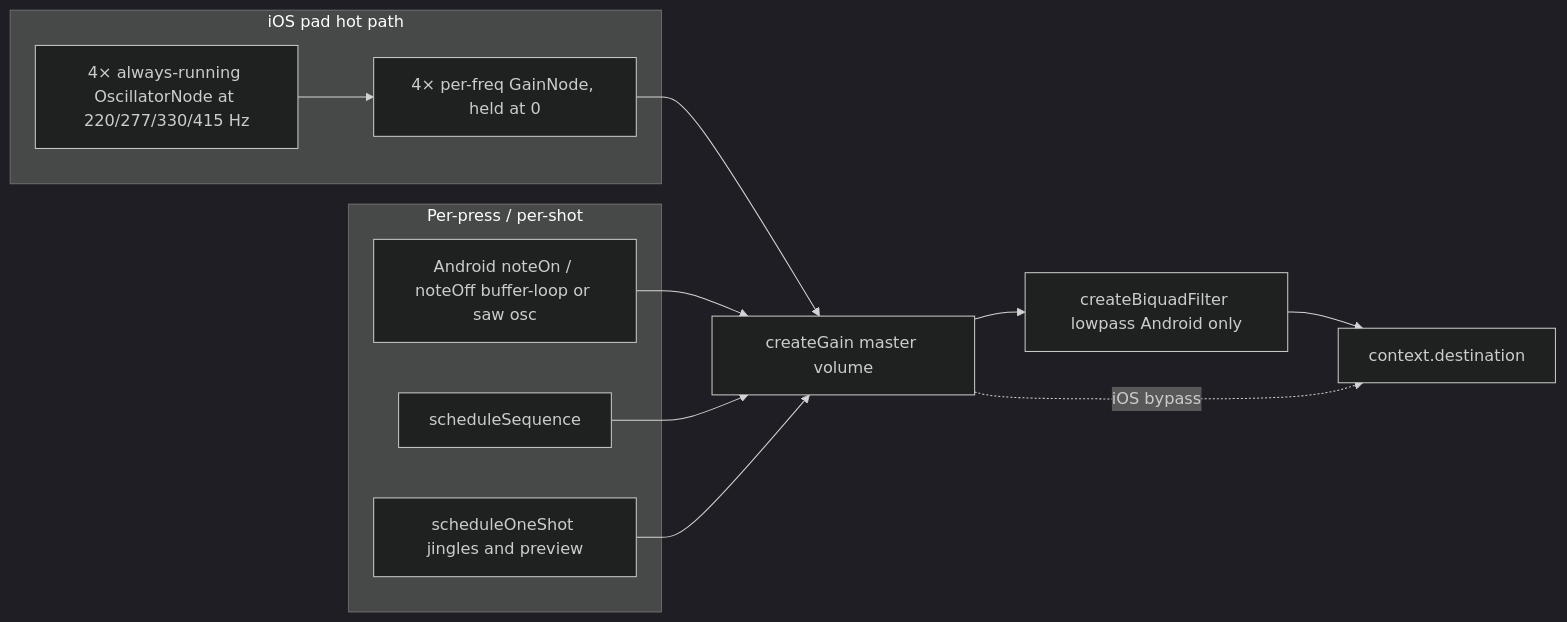
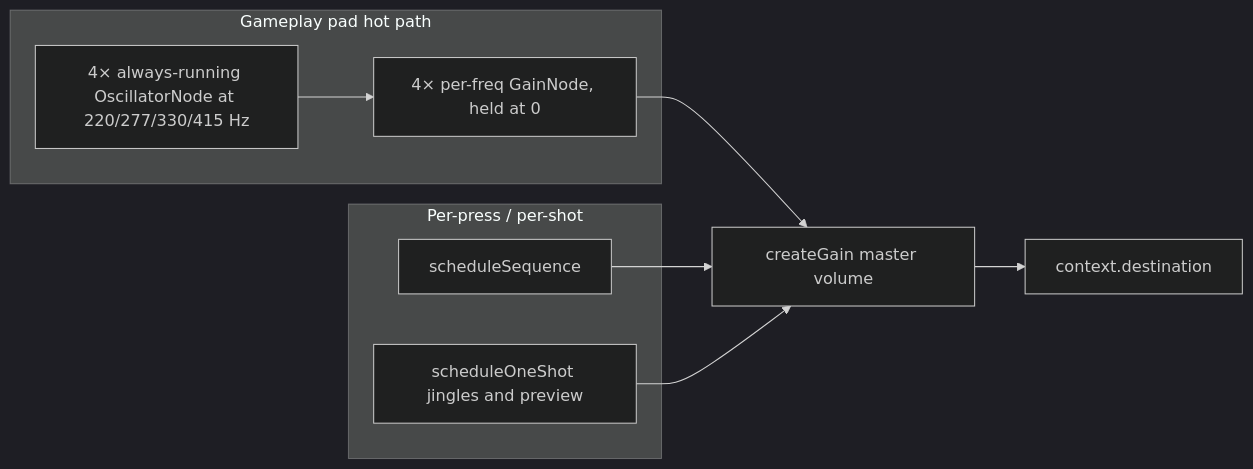
One commit to frankcalise/eco-mi changed the diagram in docs/AUDIO-ARCHITECTURE.md. Above: the diagram before and after it, drawn with Mermaid (dark theme). The commit also changed other lines of this file and 1 other file, not shown here.

Commit message:
docs(audio): cross-platform pad pool arch

````diff
--- a/docs/AUDIO-ARCHITECTURE.md
+++ b/docs/AUDIO-ARCHITECTURE.md
@@ -14,22 +14,17 @@
 ```mermaid
 flowchart LR
-  subgraph ios [iOS pad hot path]
+  subgraph pads [Gameplay pad hot path]
     Pool[4× always-running OscillatorNode at 220/277/330/415 Hz]
     Gates[4× per-freq GainNode, held at 0]
     Pool --> Gates
   end
   subgraph perpress [Per-press / per-shot]
     Seq[scheduleSequence]
     Shots[scheduleOneShot jingles and preview]
-    AndroidPads[Android noteOn / noteOff buffer-loop or saw osc]
   end
   Vol[createGain master volume]
-  LP[createBiquadFilter lowpass Android only]
   Gates --> Vol
-  AndroidPads --> Vol
   Seq --> Vol
   Shots --> Vol
-  Vol --> LP
-  LP --> Dest[context.destination]
-  Vol -. iOS bypass .-> Dest
+  Vol --> Dest[context.destination]
 ```
````
